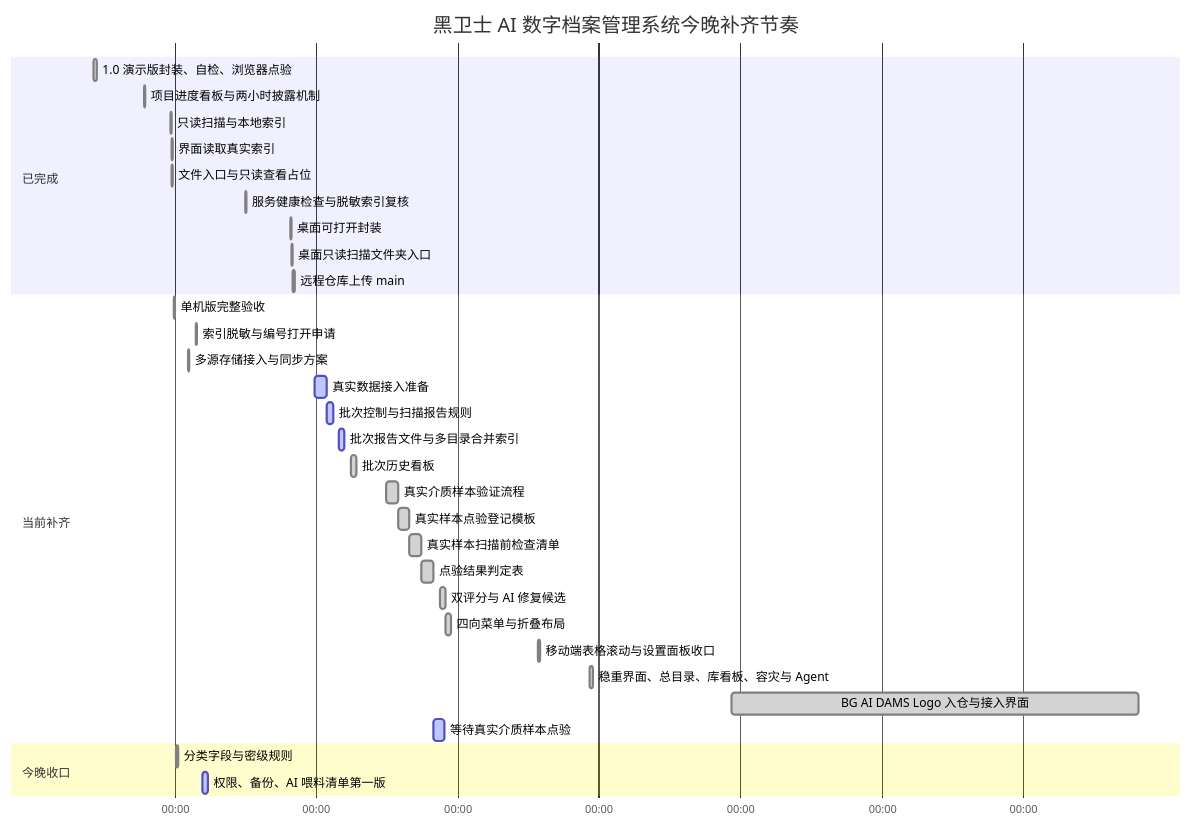
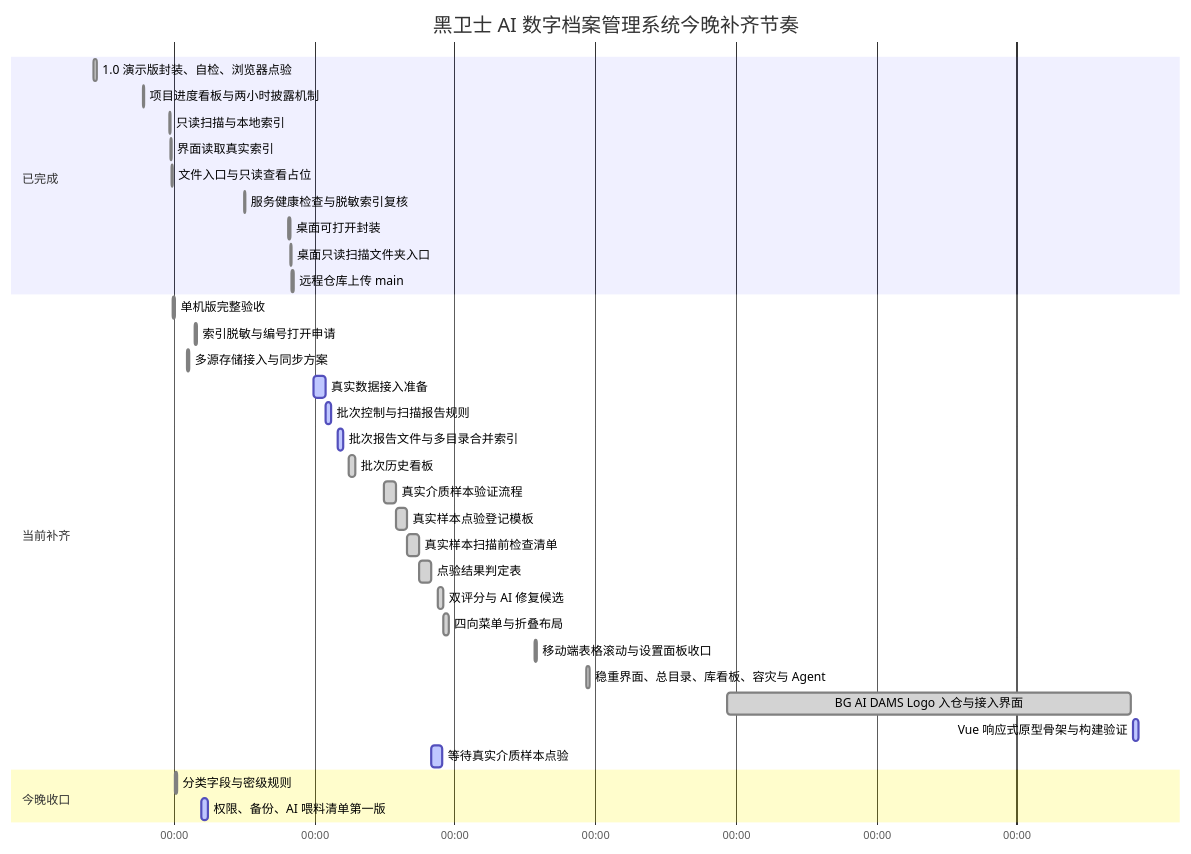
The diagram in 项目进度看板.md (okalexhohongkong/Alex-Code-Repository), drawn with Mermaid before and after one commit. The commit also changed other lines of this file and 23 other files, not shown here.

````diff
--- a/项目进度看板.md
+++ b/项目进度看板.md
@@ -19,40 +19,41 @@
 ```mermaid
 gantt
   title 黑卫士 AI 数字档案管理系统今晚补齐节奏
   dateFormat  YYYY-MM-DD HH:mm
   axisFormat  %H:%M
 
   section 已完成
   1.0 演示版封装、自检、浏览器点验        :done, demo-1, 2026-06-21 20:30, 1h
   项目进度看板与两小时披露机制             :done, demo-2, 2026-06-22 13:30, 25m
   只读扫描与本地索引                      :done, local-2, 2026-06-22 22:30, 25m
   界面读取真实索引                        :done, local-3, 2026-06-22 22:55, 20m
   文件入口与只读查看占位                   :done, local-4, 2026-06-22 23:05, 25m
   服务健康检查与脱敏索引复核                :done, local-health, 2026-06-24 00:10, 20m
   桌面可打开封装                           :done, desktop-1, 2026-06-24 15:10, 35m
   桌面只读扫描文件夹入口                    :done, desktop-2, 2026-06-24 15:43, 20m
   远程仓库上传 main                         :done, remote-1, 2026-06-24 16:00, 45m
 
   section 当前补齐
   单机版完整验收                          :done, local-5, 2026-06-22 23:35, 35m
   索引脱敏与编号打开申请                   :done, local-6, 2026-06-23 07:10, 35m
   多源存储接入与同步方案                   :done, storage-1, 2026-06-23 04:30, 35m
   真实数据接入准备                         :active, intake-1, 2026-06-24 23:42, 4h
   批次控制与扫描报告规则                   :active, intake-2, 2026-06-25 03:44, 2h
   批次报告文件与多目录合并索引              :active, intake-3, 2026-06-25 07:47, 2h
   批次历史看板                            :done, intake-4, 2026-06-25 11:50, 2h
   真实介质样本验证流程                    :done, intake-5, 2026-06-25 23:45, 4h
   真实样本点验登记模板                    :done, intake-6, 2026-06-26 03:46, 4h
   真实样本扫描前检查清单                  :done, intake-7, 2026-06-26 07:46, 4h
   点验结果判定表                          :done, intake-8, 2026-06-26 11:46, 4h
   双评分与 AI 修复候选                    :done, ui-score-1, 2026-06-26 18:00, 2h
   四向菜单与折叠布局                      :done, ui-menu-1, 2026-06-26 20:00, 2h
   移动端表格滚动与设置面板收口              :done, ui-mobile-1, 2026-06-28 03:20, 35m
   稳重界面、总目录、库看板、容灾与 Agent     :done, ui-search-1, 2026-06-28 21:00, 1h
   BG AI DAMS Logo 入仓与接入界面              :done, brand-1, 2026-06-30 21:00, 2026-07-06 15:10
+  Vue 响应式原型骨架与构建验证                  :active, vue-1, 2026-07-06 15:40, 2h
   等待真实介质样本点验                    :active, intake-9, 2026-06-26 15:46, 4h
 
   section 今晚收口
   分类字段与密级规则                       :done, class-1, 2026-06-23 00:30, 45m
   权限、备份、AI 喂料清单第一版             :active, class-2, 2026-06-23 09:30, 2h
 ```
````
